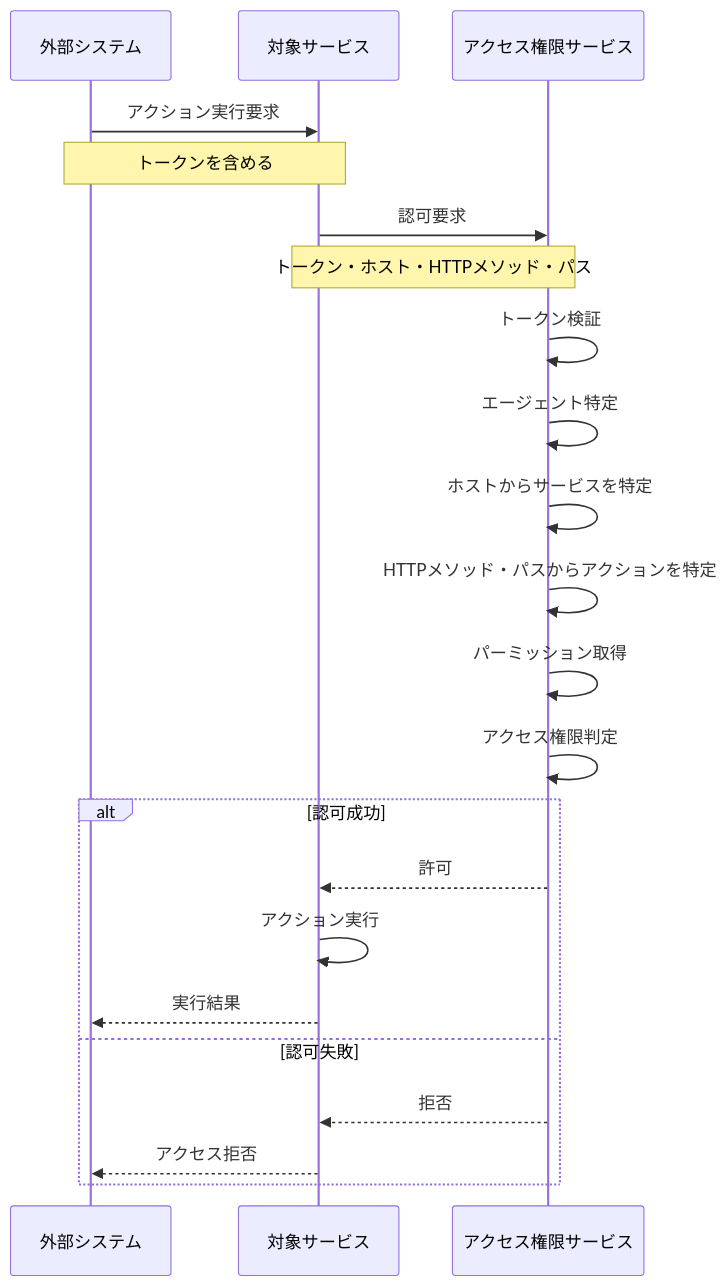
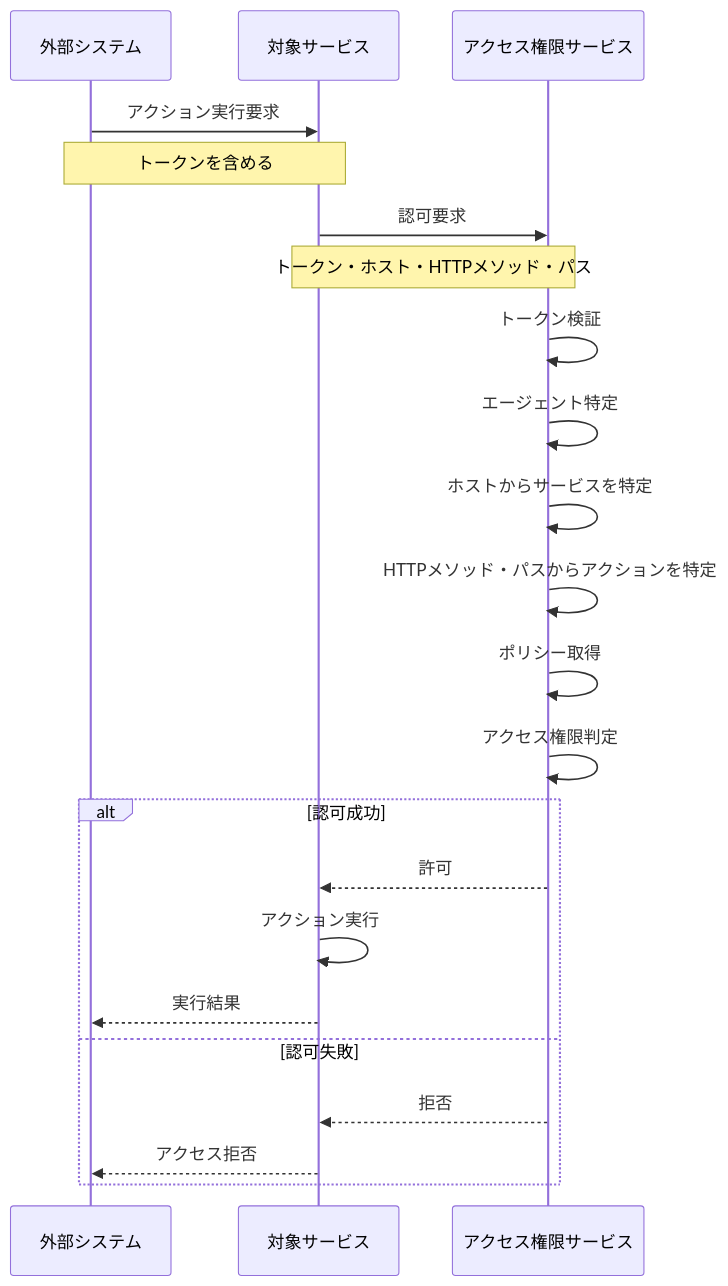
The second of 2 diagrams in docs/specs/overview.md (atsumarukun/holos-permit-api), drawn with Mermaid before and after one commit. The commit also changed other lines of this file, not shown here.

````diff
--- a/docs/specs/overview.md
+++ b/docs/specs/overview.md
@@ -144,28 +144,28 @@
 ```mermaid
 sequenceDiagram
   participant E as 外部システム
   participant S as 対象サービス
   participant A as アクセス権限サービス
 
   E->>S: アクション実行要求
   Note over E,S: トークンを含める
 
   S->>A: 認可要求
   Note over S,A: トークン・ホスト・HTTPメソッド・パス
 
   A->>A: トークン検証
   A->>A: エージェント特定
   A->>A: ホストからサービスを特定
   A->>A: HTTPメソッド・パスからアクションを特定
-  A->>A: パーミッション取得
+  A->>A: ポリシー取得
   A->>A: アクセス権限判定
 
   alt 認可成功
     A-->>S: 許可
     S->>S: アクション実行
     S-->>E: 実行結果
   else 認可失敗
     A-->>S: 拒否
     S-->>E: アクセス拒否
   end
 ```
````
